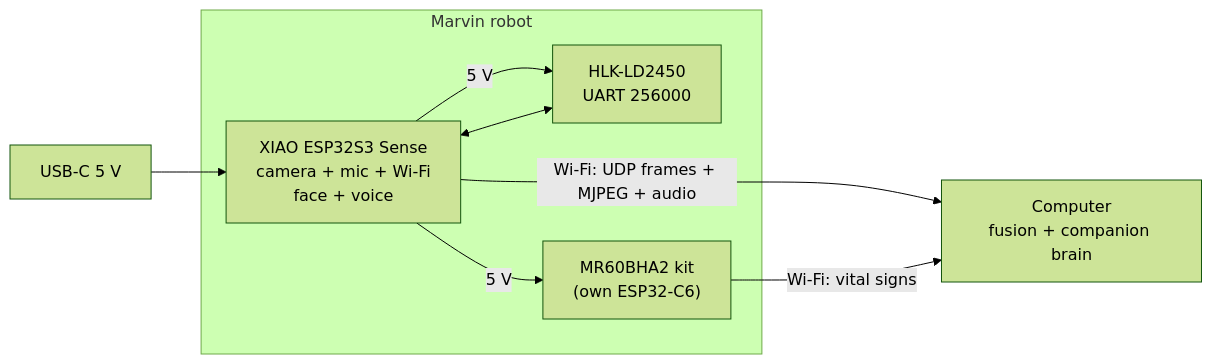
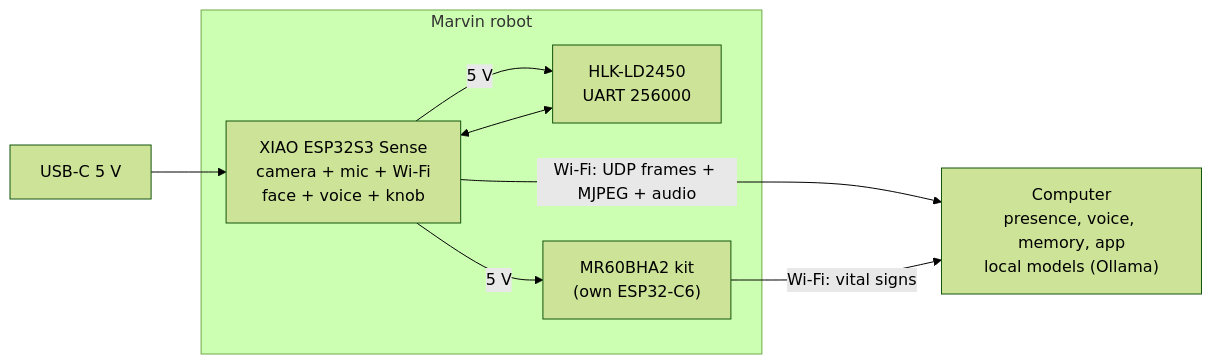
One commit to SebastienTr/Marvin changed the diagram in README.md. Above: the diagram before and after it, drawn with Mermaid (forest theme). The commit also changed other lines of this file and 1 other file, not shown here.

````diff
--- a/README.md
+++ b/README.md
@@ -61,12 +61,12 @@
 ```mermaid
 flowchart LR
   subgraph Robot["Marvin robot"]
-    ESP["XIAO ESP32S3 Sense<br/>camera + mic + Wi-Fi<br/>face + voice"]
+    ESP["XIAO ESP32S3 Sense<br/>camera + mic + Wi-Fi<br/>face + voice + knob"]
     LD2450["HLK-LD2450<br/>UART 256000"] <--> ESP
     MR60["MR60BHA2 kit<br/>(own ESP32-C6)"]
   end
   PWR["USB-C 5 V"] --> ESP
   ESP -->|5 V| LD2450 & MR60
-  ESP -->|"Wi-Fi: UDP frames + MJPEG + audio"| PC["Computer<br/>fusion + companion brain"]
+  ESP -->|"Wi-Fi: UDP frames + MJPEG + audio"| PC["Computer<br/>presence, voice, memory, app<br/>local models (Ollama)"]
   MR60 -->|"Wi-Fi: vital signs"| PC
 ```
````
